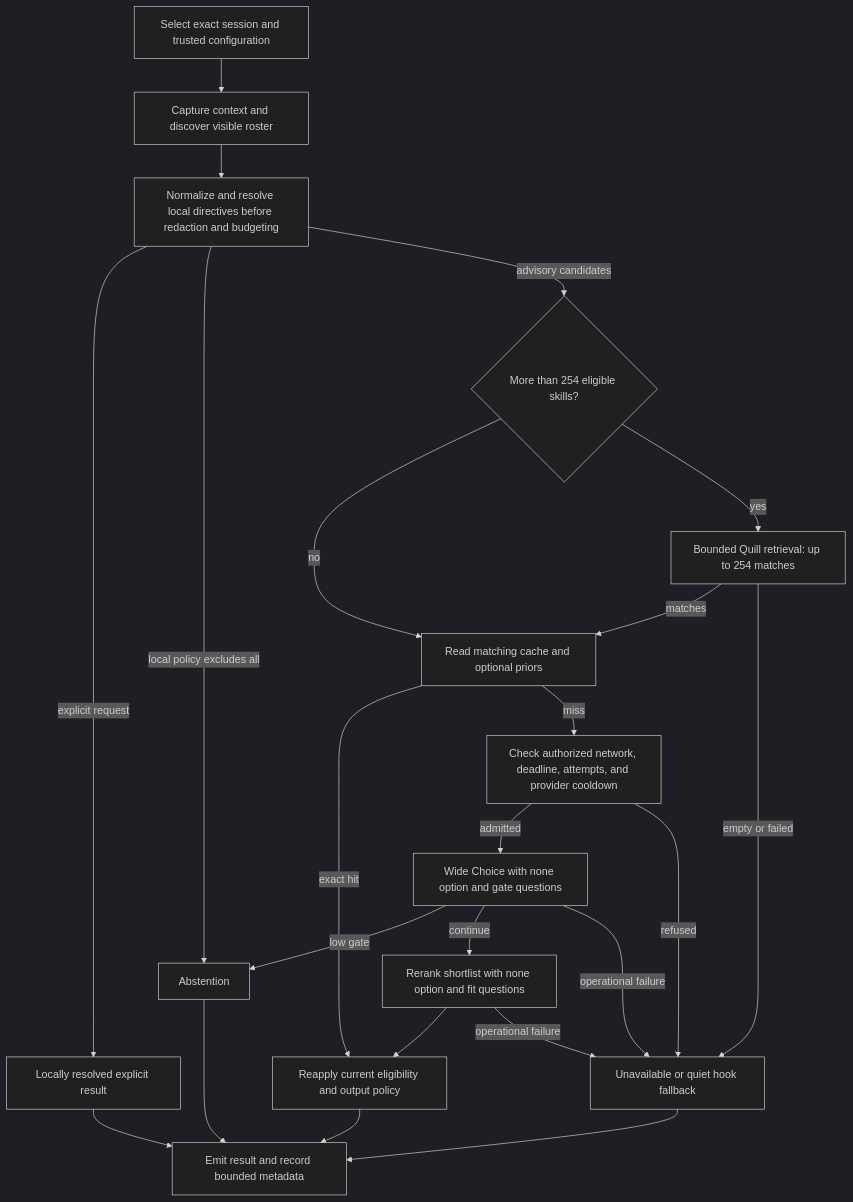
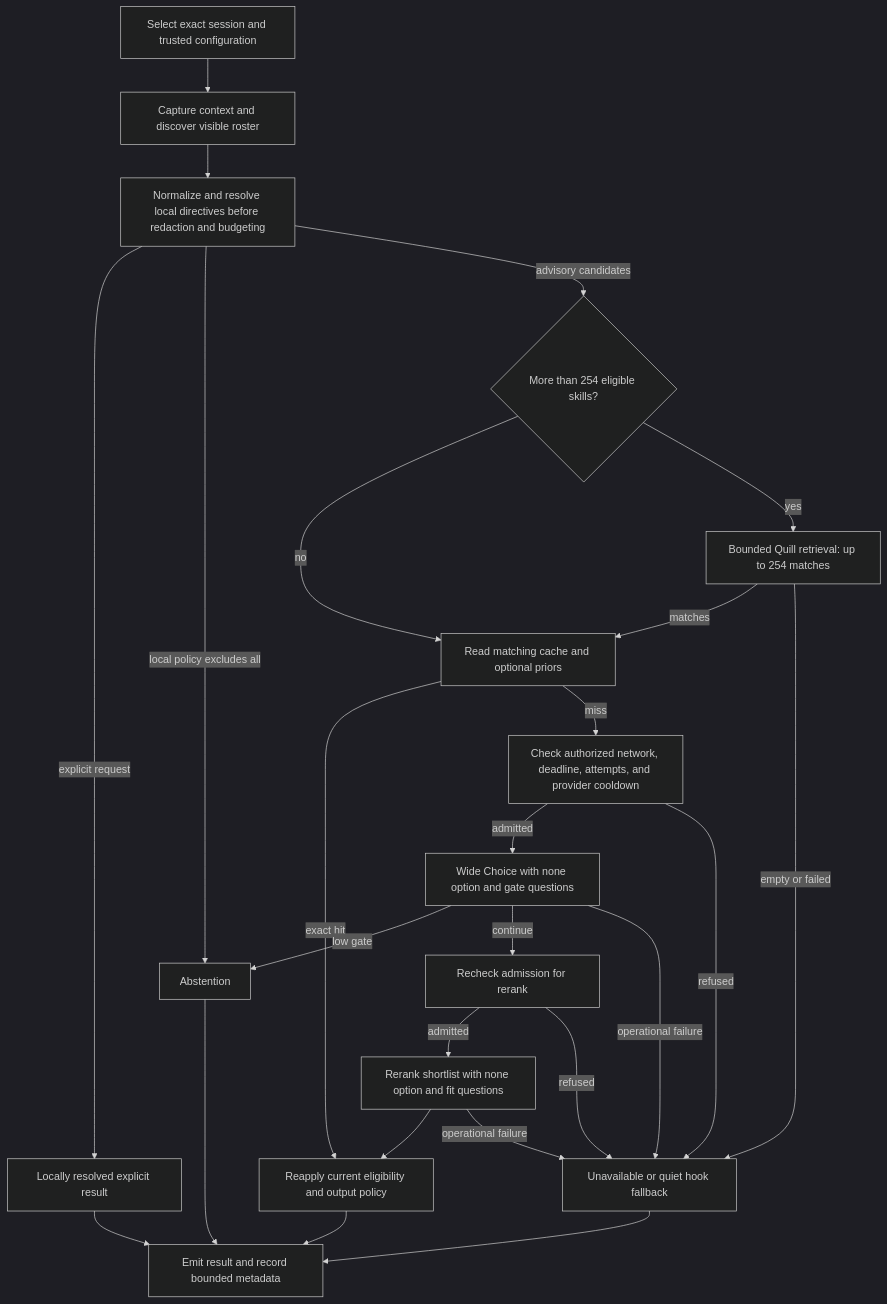
Before and after one commit to Dicklesworthstone/skillranker: the diagram in COMPREHENSIVE_PLAN_TO_DESIGN_SKILLRANKER.md, drawn with Mermaid (dark theme). The commit also changed other lines of this file and 3 other files, not shown here.

````diff
--- a/COMPREHENSIVE_PLAN_TO_DESIGN_SKILLRANKER.md
+++ b/COMPREHENSIVE_PLAN_TO_DESIGN_SKILLRANKER.md
@@ -182,25 +196,27 @@
 ```mermaid
 flowchart TD
     A[Select exact session and trusted configuration] --> B[Capture context and discover visible roster]
     B --> C[Normalize and resolve local directives before redaction and budgeting]
     C -->|explicit request| X[Locally resolved explicit result]
     C -->|local policy excludes all| N[Abstention]
     C -->|advisory candidates| Q{More than 254 eligible skills?}
     Q -->|no| D[Read matching cache and optional priors]
     Q -->|yes| QR[Bounded Quill retrieval: up to 254 matches]
     QR -->|matches| D
     QR -->|empty or failed| U[Unavailable or quiet hook fallback]
     D -->|exact hit| H[Reapply current eligibility and output policy]
     D -->|miss| BUD[Check authorized network, deadline, attempts, and provider cooldown]
     BUD -->|admitted| E[Wide Choice with none option and gate questions]
     BUD -->|refused| U
     E -->|low gate| N
-    E -->|continue| F[Rerank shortlist with none option and fit questions]
+    E -->|continue| RBUD[Recheck admission for rerank]
+    RBUD -->|admitted| F[Rerank shortlist with none option and fit questions]
+    RBUD -->|refused| U
     F --> H
     H --> I[Emit result and record bounded metadata]
     X --> I
     N --> I
     E -->|operational failure| U
     F -->|operational failure| U
     U --> I
 ```
````
